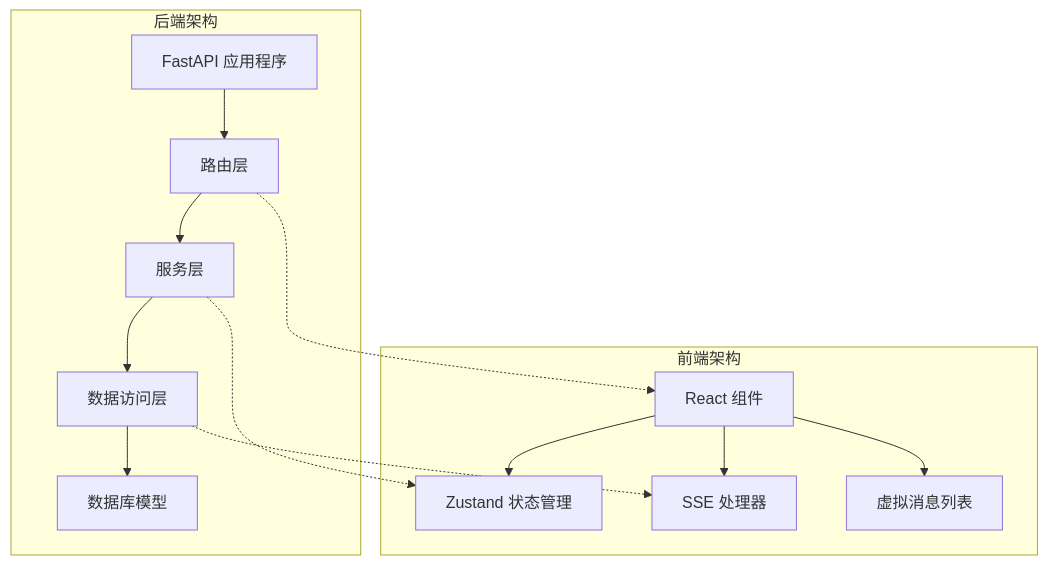
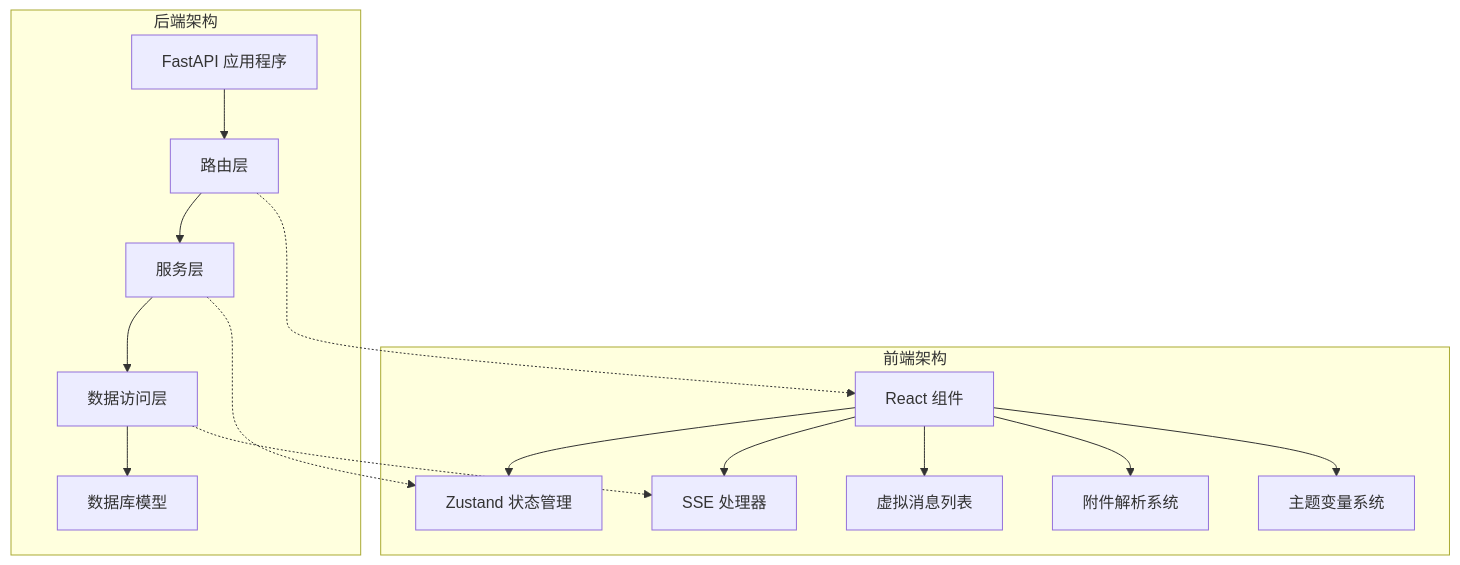
The first of 13 diagrams in .qoder/repowiki/zh/content/Chat Message Enhancement.md (KunLabAI/KunFlix), drawn with Mermaid before and after one commit. The commit also changed other lines of this file and 14 other files, not shown here.

````diff
--- a/.qoder/repowiki/zh/content/Chat Message Enhancement.md
+++ b/.qoder/repowiki/zh/content/Chat Message Enhancement.md
@@ -44,26 +59,30 @@
 ```mermaid
 graph TB
 subgraph "后端架构"
 A[FastAPI 应用程序]
 B[路由层]
 C[服务层]
 D[数据访问层]
 E[数据库模型]
 end
 subgraph "前端架构"
 F[React 组件]
 G[Zustand 状态管理]
 H[SSE 处理器]
 I[虚拟消息列表]
+J[附件解析系统]
+K[主题变量系统]
 end
 A --> B
 B --> C
 C --> D
 D --> E
 F --> G
 F --> H
 F --> I
+F --> J
+F --> K
 B -.-> F
 C -.-> G
 D -.-> H
 ```
````
